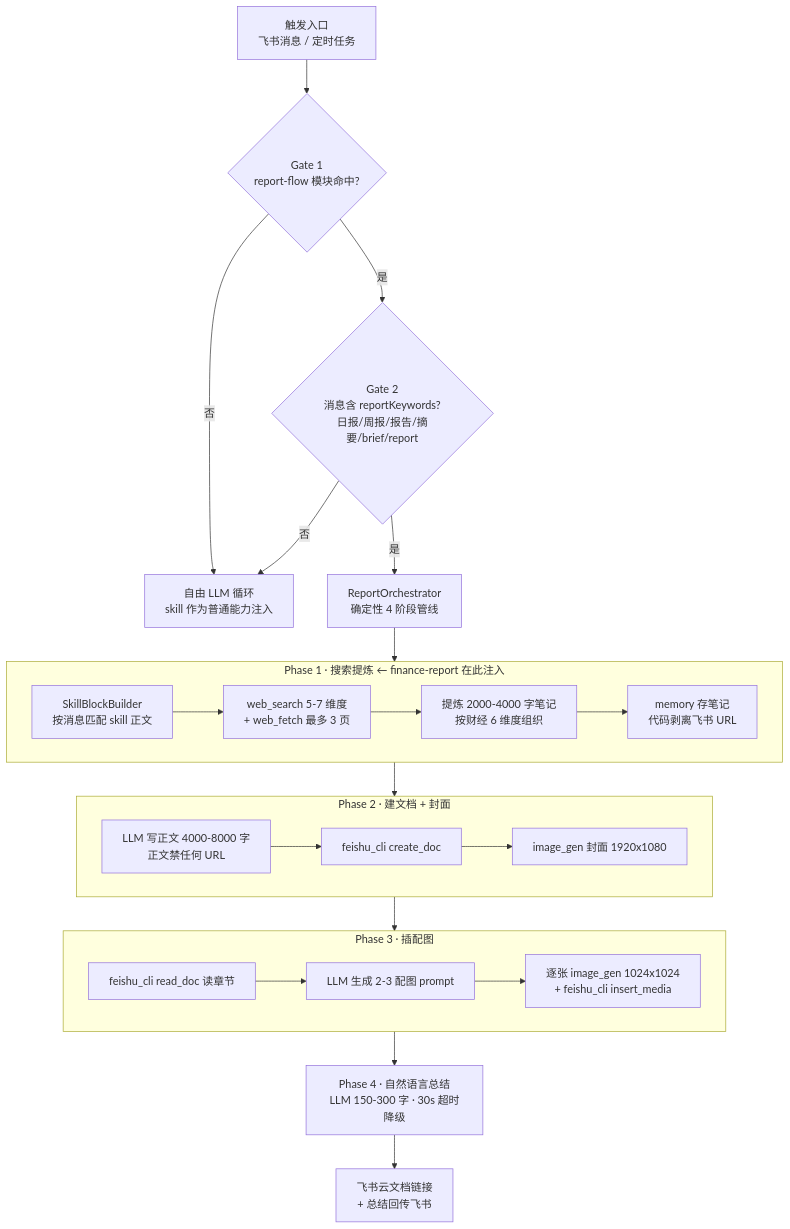
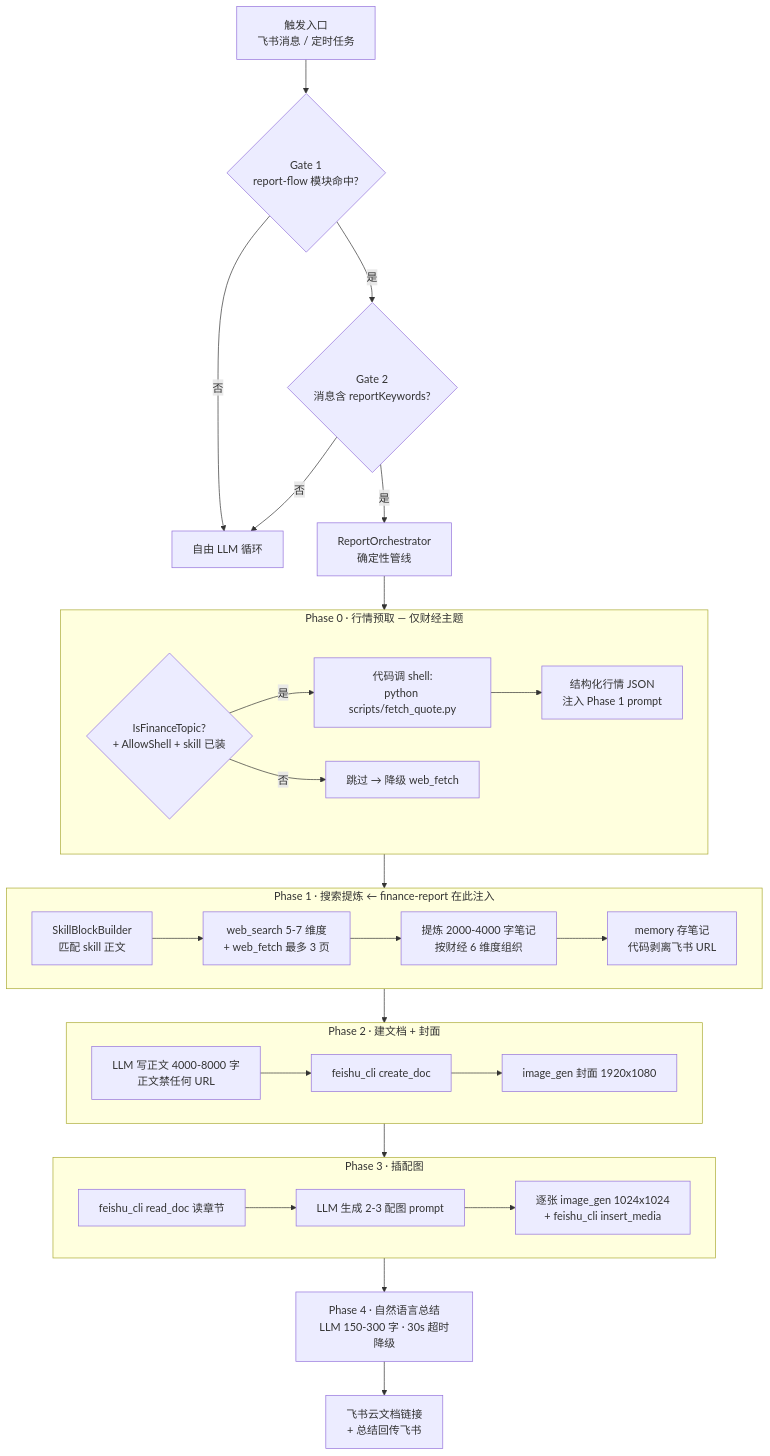
Before and after one commit to LoganChi/hermes-finance: the first of 3 diagrams in skills/finance-report/flow.md, drawn with Mermaid. The commit also changed other lines of this file, not shown here.

Commit message:
docs: flow 依赖/安装改为通用+Claw参考实现 (面向其他框架用户)

````diff
--- a/skills/finance-report/flow.md
+++ b/skills/finance-report/flow.md
@@ -8,30 +8,37 @@
 ```mermaid
 flowchart TD
     Trigger[触发入口<br/>飞书消息 / 定时任务] --> G1{Gate 1<br/>report-flow 模块命中?}
-    G1 -->|否| Free[自由 LLM 循环<br/>skill 作为普通能力注入]
-    G1 -->|是| G2{Gate 2<br/>消息含 reportKeywords?<br/>日报/周报/报告/摘要/brief/report}
+    G1 -->|否| Free[自由 LLM 循环]
+    G1 -->|是| G2{Gate 2<br/>消息含 reportKeywords?}
     G2 -->|否| Free
-    G2 -->|是| Pipeline[ReportOrchestrator<br/>确定性 4 阶段管线]
+    G2 -->|是| Pipeline[ReportOrchestrator<br/>确定性管线]
 
-    Pipeline --> P1
+    Pipeline --> P0
+    subgraph P0 [Phase 0 · 行情预取 — 仅财经主题]
+        P0a{IsFinanceTopic?<br/>+ AllowShell + skill 已装} -->|是| P0b[代码调 shell:<br/>python scripts/fetch_quote.py]
+        P0b --> P0c[结构化行情 JSON<br/>注入 Phase 1 prompt]
+        P0a -->|否| Skip[跳过 → 降级 web_fetch]
+    end
+
+    P0 --> P1
     subgraph P1 [Phase 1 · 搜索提炼 ← finance-report 在此注入]
-        P1a[SkillBlockBuilder<br/>按消息匹配 skill 正文] --> P1b[web_search 5-7 维度<br/>+ web_fetch 最多 3 页]
+        P1a[SkillBlockBuilder<br/>匹配 skill 正文] --> P1b[web_search 5-7 维度<br/>+ web_fetch 最多 3 页]
         P1b --> P1c[提炼 2000-4000 字笔记<br/>按财经 6 维度组织]
         P1c --> P1d[memory 存笔记<br/>代码剥离飞书 URL]
     end
 
     P1 --> P2
     subgraph P2 [Phase 2 · 建文档 + 封面]
         P2a[LLM 写正文 4000-8000 字<br/>正文禁任何 URL] --> P2b[feishu_cli create_doc]
         P2b --> P2c[image_gen 封面 1920x1080]
     end
 
     P2 --> P3
     subgraph P3 [Phase 3 · 插配图]
         P3a[feishu_cli read_doc 读章节] --> P3b[LLM 生成 2-3 配图 prompt]
         P3b --> P3c[逐张 image_gen 1024x1024<br/>+ feishu_cli insert_media]
     end
 
     P3 --> P4[Phase 4 · 自然语言总结<br/>LLM 150-300 字 · 30s 超时降级]
     P4 --> Done[飞书云文档链接<br/>+ 总结回传飞书]
 ```
````
